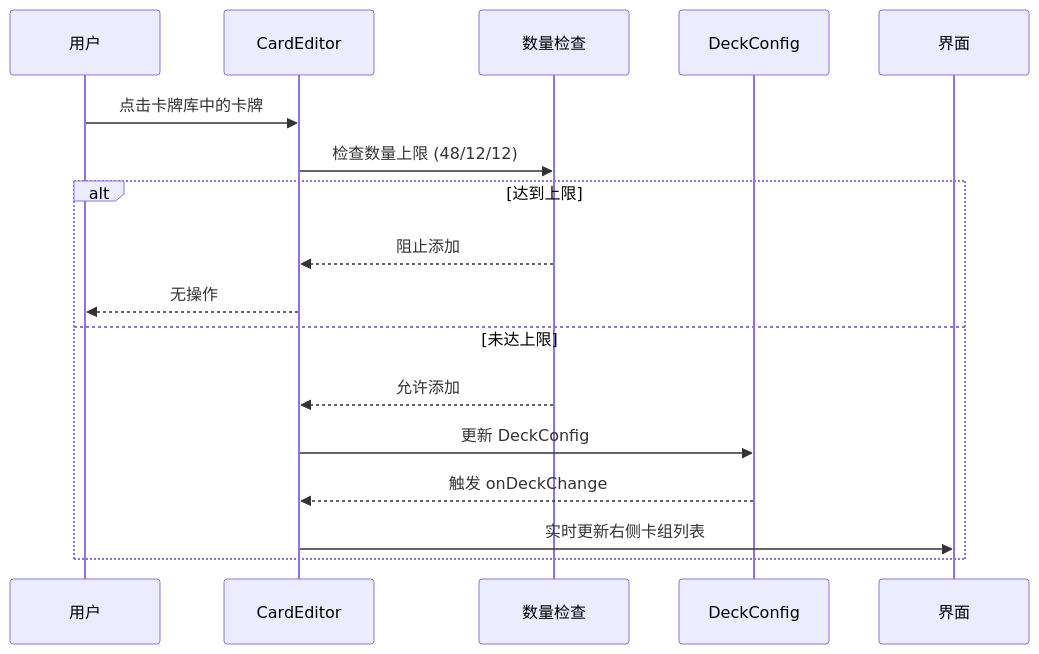
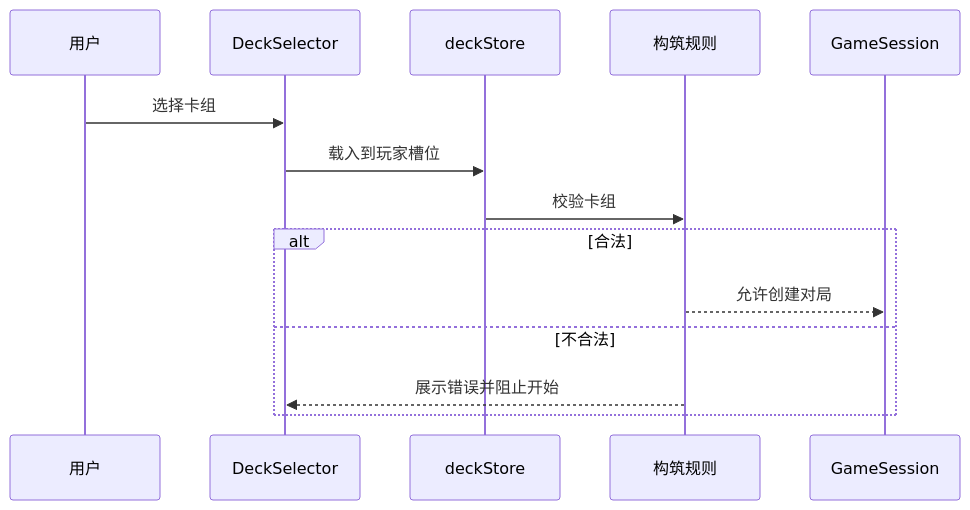
The third of 3 diagrams in docs/deck-management/design.md (catmeow123456/loveca-dev), drawn with Mermaid before and after one commit. The commit also changed other lines of this file and 42 other files, not shown here.

````diff
--- a/docs/deck-management/design.md
+++ b/docs/deck-management/design.md
@@ -472,21 +153,17 @@
 ```mermaid
 sequenceDiagram
     participant User as 用户
-    participant CE as CardEditor
-    participant Check as 数量检查
-    participant Deck as DeckConfig
-    participant UI as 界面
+    participant Selector as DeckSelector
+    participant Store as deckStore
+    participant Rule as 构筑规则
+    participant Session as GameSession
 
-    User->>CE: 点击卡牌库中的卡牌
-    CE->>Check: 检查数量上限 (48/12/12)
-
-    alt 达到上限
-        Check-->>CE: 阻止添加
-        CE-->>User: 无操作
-    else 未达上限
-        Check-->>CE: 允许添加
-        CE->>Deck: 更新 DeckConfig
-        Deck-->>CE: 触发 onDeckChange
-        CE->>UI: 实时更新右侧卡组列表
+    User->>Selector: 选择卡组
+    Selector->>Store: 载入到玩家槽位
+    Store->>Rule: 校验卡组
+    alt 合法
+        Rule-->>Session: 允许创建对局
+    else 不合法
+        Rule-->>Selector: 展示错误并阻止开始
     end
 ```
````
